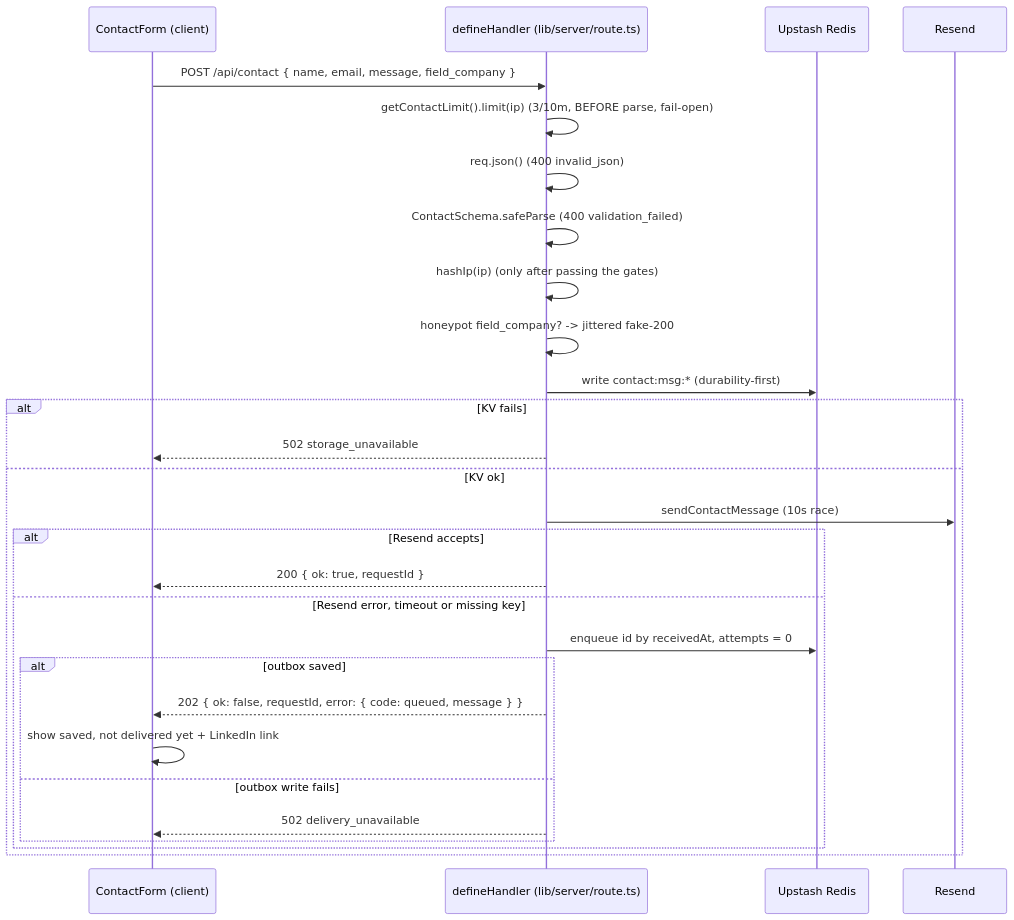
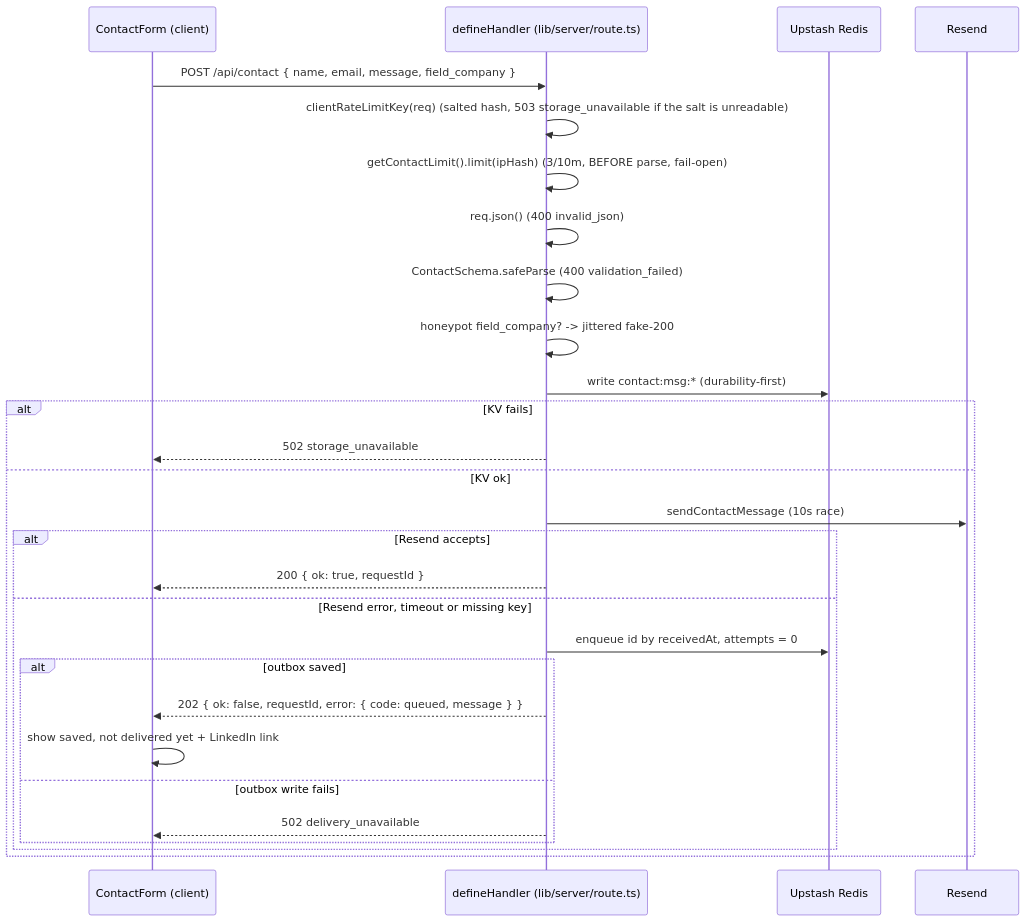
Before and after one commit to erikunha/portfolio: the fifth of 6 diagrams in docs/03-rendering-and-data-flow.md, drawn with Mermaid. The commit also changed other lines of this file and 26 other files, not shown here.

````diff
--- a/docs/03-rendering-and-data-flow.md
+++ b/docs/03-rendering-and-data-flow.md
@@ -168,31 +169,31 @@
 ```mermaid
 sequenceDiagram
     participant F as ContactForm (client)
     participant H as defineHandler (lib/server/route.ts)
     participant KV as Upstash Redis
     participant RS as Resend
 
     F->>H: POST /api/contact { name, email, message, field_company }
-    H->>H: getContactLimit().limit(ip)  (3/10m, BEFORE parse, fail-open)
+    H->>H: clientRateLimitKey(req)  (salted hash, 503 storage_unavailable if the salt is unreadable)
+    H->>H: getContactLimit().limit(ipHash)  (3/10m, BEFORE parse, fail-open)
     H->>H: req.json() (400 invalid_json)
     H->>H: ContactSchema.safeParse (400 validation_failed)
-    H->>H: hashIp(ip)  (only after passing the gates)
     H->>H: honeypot field_company? -> jittered fake-200
     H->>KV: write contact:msg:* (durability-first)
     alt KV fails
         H-->>F: 502 storage_unavailable
     else KV ok
         H->>RS: sendContactMessage (10s race)
         alt Resend accepts
             H-->>F: 200 { ok: true, requestId }
         else Resend error, timeout or missing key
             H->>KV: enqueue id by receivedAt, attempts = 0
             alt outbox saved
                 H-->>F: 202 { ok: false, requestId, error: { code: queued, message } }
                 F->>F: show saved, not delivered yet + LinkedIn link
             else outbox write fails
                 H-->>F: 502 delivery_unavailable
             end
         end
     end
 ```
````
